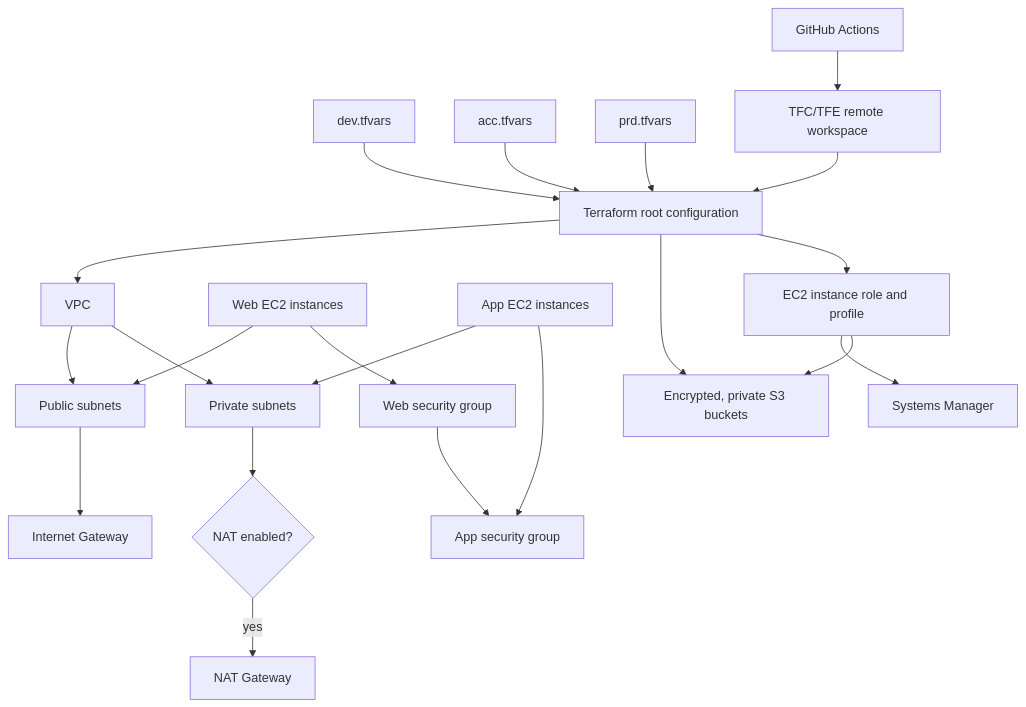
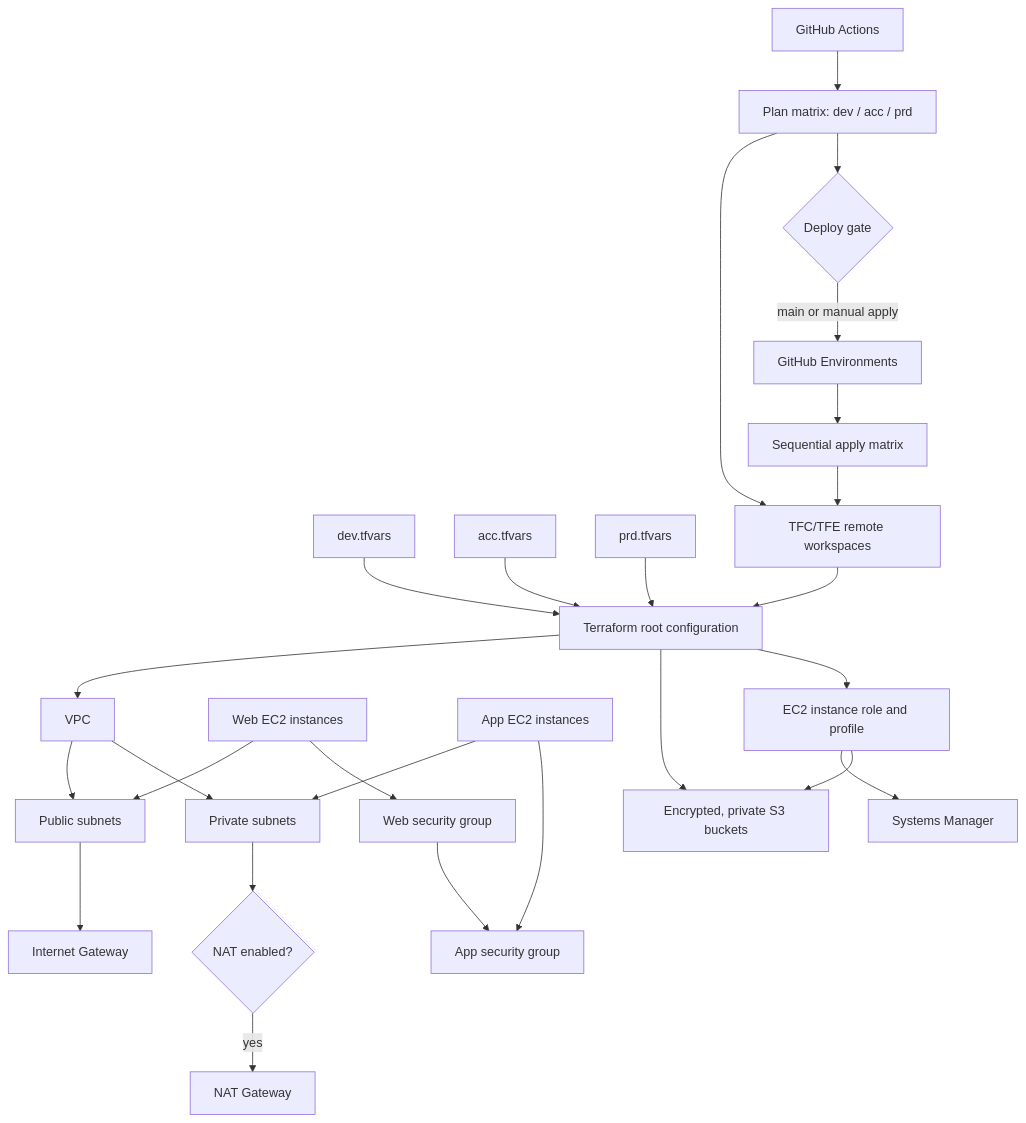
Before and after one commit to dxnishG/AWS-Multi-Env-Terraform-Template: the diagram in README.md, drawn with Mermaid. The commit also changed other lines of this file and 2 other files, not shown here.

````diff
--- a/README.md
+++ b/README.md
@@ -23,23 +23,28 @@
 ```mermaid
 flowchart TB
     dev[dev.tfvars] --> root[Terraform root configuration]
     acc[acc.tfvars] --> root
     prd[prd.tfvars] --> root
     root --> vpc[VPC]
     vpc --> public[Public subnets]
     vpc --> private[Private subnets]
     public --> igw[Internet Gateway]
     private --> nat{NAT enabled?}
     nat -->|yes| natgw[NAT Gateway]
     web[Web EC2 instances] --> public
     app[App EC2 instances] --> private
     web --> websg[Web security group]
     app --> appsg[App security group]
     websg --> appsg
     root --> s3[Encrypted, private S3 buckets]
     root --> iam[EC2 instance role and profile]
     iam --> ssm[Systems Manager]
     iam --> s3
-    gha[GitHub Actions] --> tfe[TFC/TFE remote workspace]
+    gha[GitHub Actions] --> plan[Plan matrix: dev / acc / prd]
+    plan --> tfe[TFC/TFE remote workspaces]
     tfe --> root
+    plan --> deploy{Deploy gate}
+    deploy -->|main or manual apply| githubenv[GitHub Environments]
+    githubenv --> apply[Sequential apply matrix]
+    apply --> tfe
 ```
````
